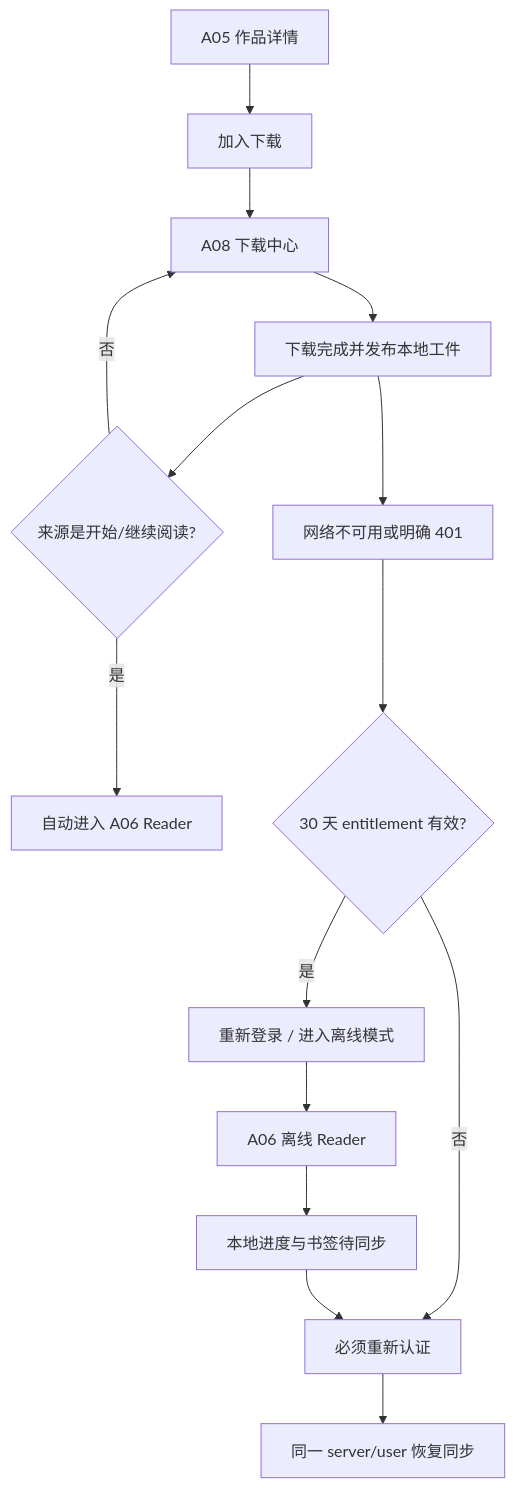
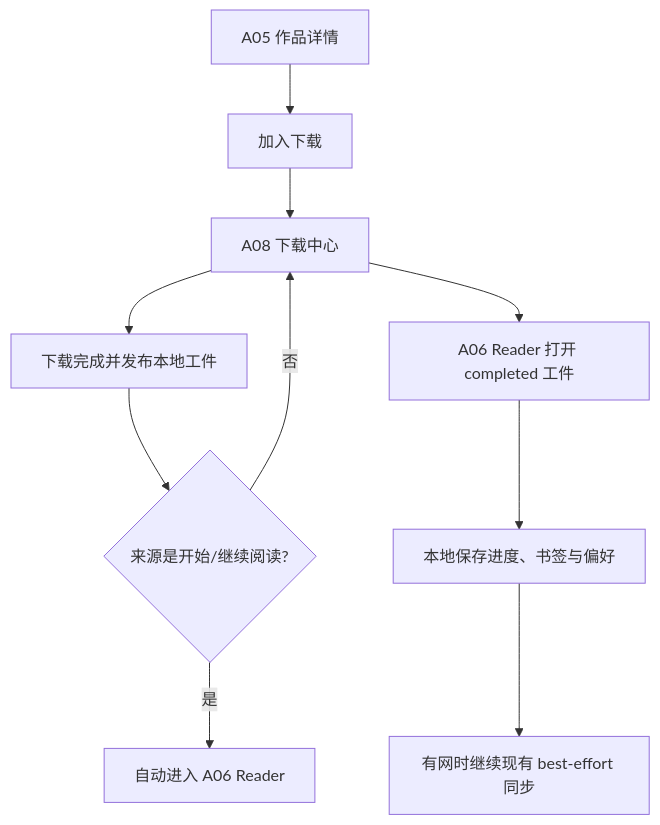
The sixth of 7 diagrams in docs/mobile-app-phase-3-user-flows-and-wireframes.md (GMD170629/ermao-library), drawn with Mermaid before and after one commit. The commit also changed other lines of this file and 269 other files, not shown here.

````diff
--- a/docs/mobile-app-phase-3-user-flows-and-wireframes.md
+++ b/docs/mobile-app-phase-3-user-flows-and-wireframes.md
@@ -275,17 +277,12 @@
 ```mermaid
 flowchart TD
     Detail["A05 作品详情"] --> Queue["加入下载"]
     Queue --> Center["A08 下载中心"]
     Center --> Complete["下载完成并发布本地工件"]
     Complete --> Intent{"来源是开始/继续阅读?"}
     Intent -- "是" --> ReaderReady["自动进入 A06 Reader"]
     Intent -- "否" --> Center
-    Complete --> Offline["网络不可用或明确 401"]
-    Offline --> Gate{"30 天 entitlement 有效?"}
-    Gate -- "否" --> Reauth["必须重新认证"]
-    Gate -- "是" --> Choice["重新登录 / 进入离线模式"]
-    Choice --> Reader["A06 离线 Reader"]
-    Reader --> Pending["本地进度与书签待同步"]
-    Pending --> Reauth
-    Reauth --> Sync["同一 server/user 恢复同步"]
+    Center --> Reader["A06 Reader 打开 completed 工件"]
+    Reader --> Local["本地保存进度、书签与偏好"]
+    Local --> Sync["有网时继续现有 best-effort 同步"]
 ```
````
